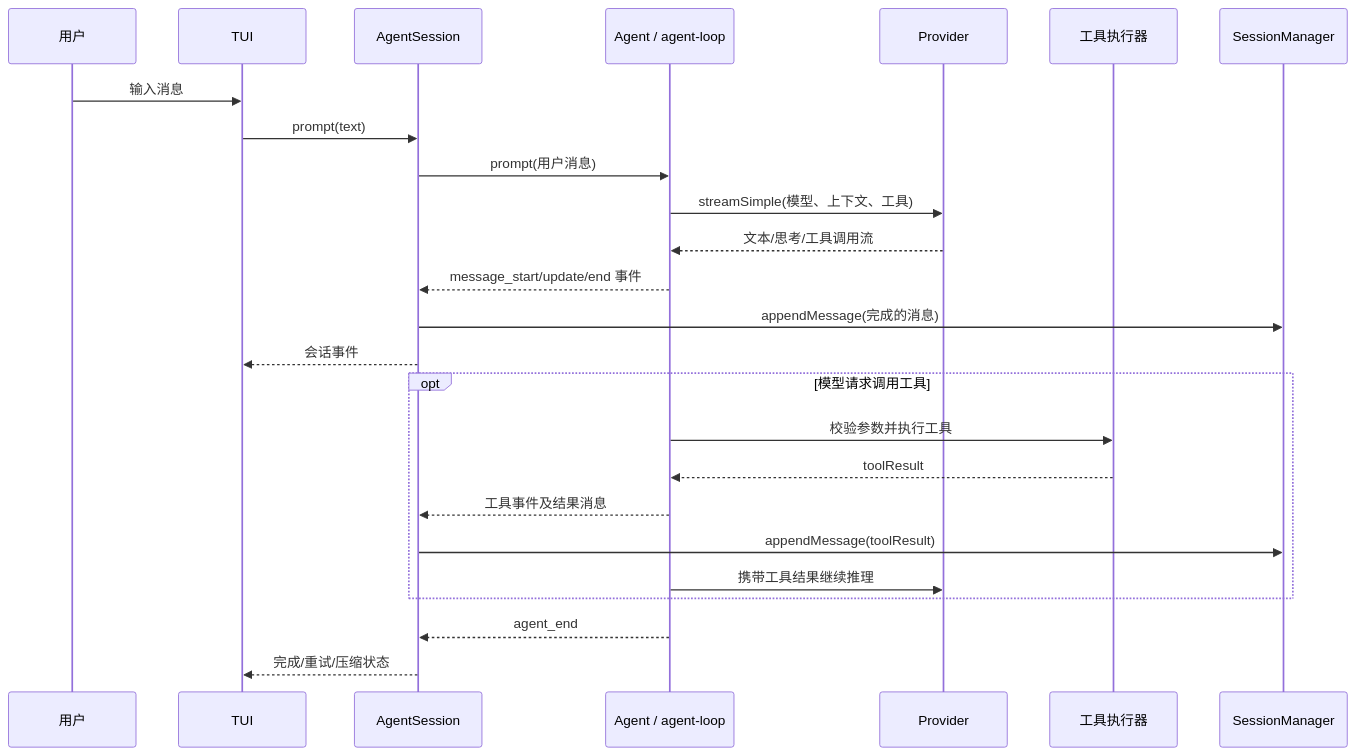
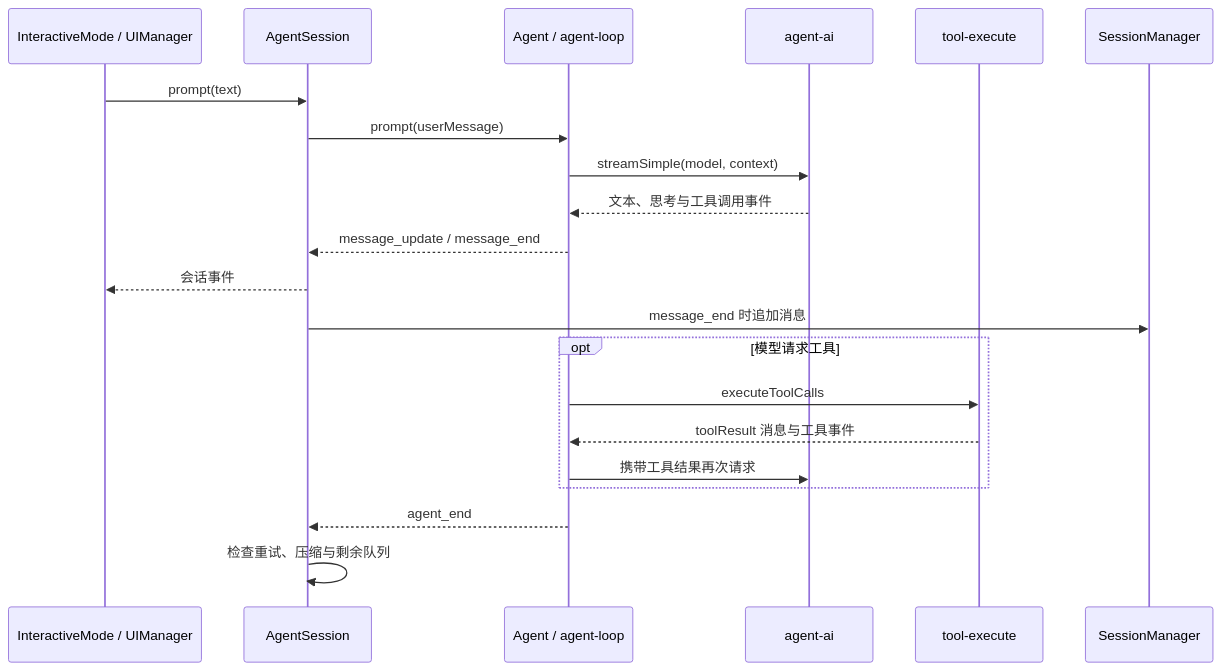
Before and after one commit to wuzhenbin/agent-orange: the diagram in docs/architecture/request-flow.md, drawn with Mermaid. The commit also changed other lines of this file and 13 other files, not shown here.

````diff
--- a/docs/architecture/request-flow.md
+++ b/docs/architecture/request-flow.md
@@ -5,27 +5,23 @@
 ```mermaid
 sequenceDiagram
-    participant U as 用户
-    participant UI as TUI
+    participant UI as InteractiveMode / UIManager
     participant S as AgentSession
     participant A as Agent / agent-loop
-    participant P as Provider
-    participant T as 工具执行器
-    participant DB as SessionManager
-    U->>UI: 输入消息
+    participant M as agent-ai
+    participant T as tool-execute
+    participant H as SessionManager
     UI->>S: prompt(text)
-    S->>A: prompt(用户消息)
-    A->>P: streamSimple(模型、上下文、工具)
-    P-->>A: 文本/思考/工具调用流
-    A-->>S: message_start/update/end 事件
-    S->>DB: appendMessage(完成的消息)
+    S->>A: prompt(userMessage)
+    A->>M: streamSimple(model, context)
+    M-->>A: 文本、思考与工具调用事件
+    A-->>S: message_update / message_end
     S-->>UI: 会话事件
-    opt 模型请求调用工具
-        A->>T: 校验参数并执行工具
-        T-->>A: toolResult
-        A-->>S: 工具事件及结果消息
-        S->>DB: appendMessage(toolResult)
-        A->>P: 携带工具结果继续推理
+    S->>H: message_end 时追加消息
+    opt 模型请求工具
+        A->>T: executeToolCalls
+        T-->>A: toolResult 消息与工具事件
+        A->>M: 携带工具结果再次请求
     end
     A-->>S: agent_end
-    S-->>UI: 完成/重试/压缩状态
+    S->>S: 检查重试、压缩与剩余队列
 ```
````
